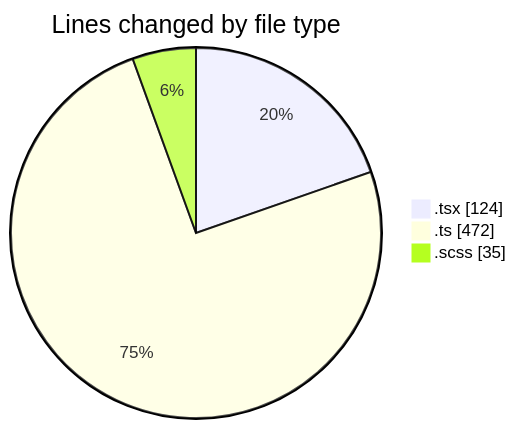
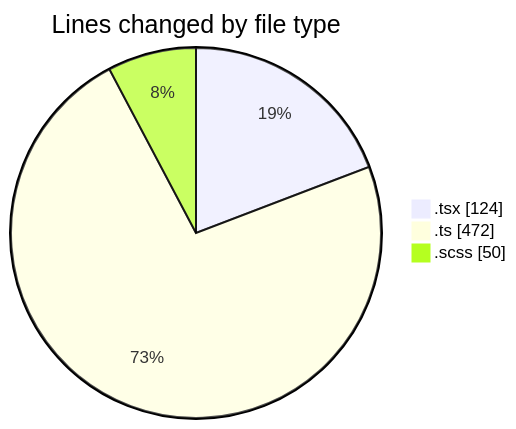
One commit to momahboobian/code-tracking changed the first of 2 diagrams in 2025-10-07/cda/README.md. Above: the diagram before and after it, drawn with Mermaid. The commit also changed other lines of this file and 1 other file, not shown here.

````diff
--- a/2025-10-07/cda/README.md
+++ b/2025-10-07/cda/README.md
@@ -27,7 +27,7 @@
 ```mermaid
 pie showData
 title Lines changed by file type
 ".tsx" : 124
 ".ts" : 472
-".scss" : 35
+".scss" : 50
 ```
````
